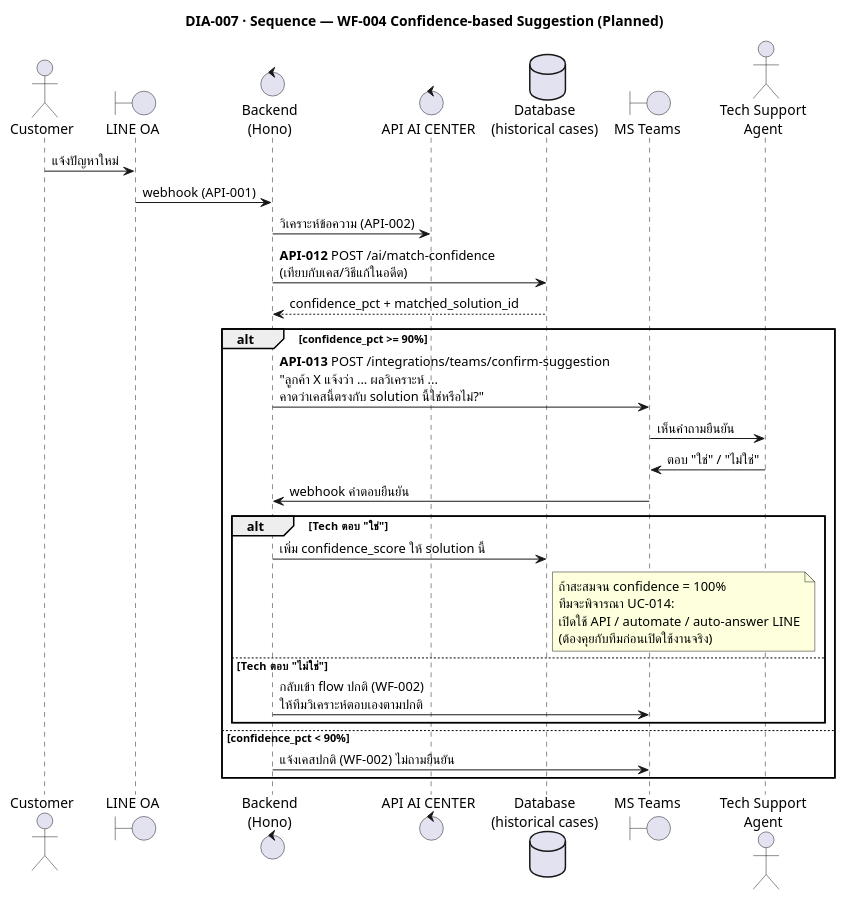
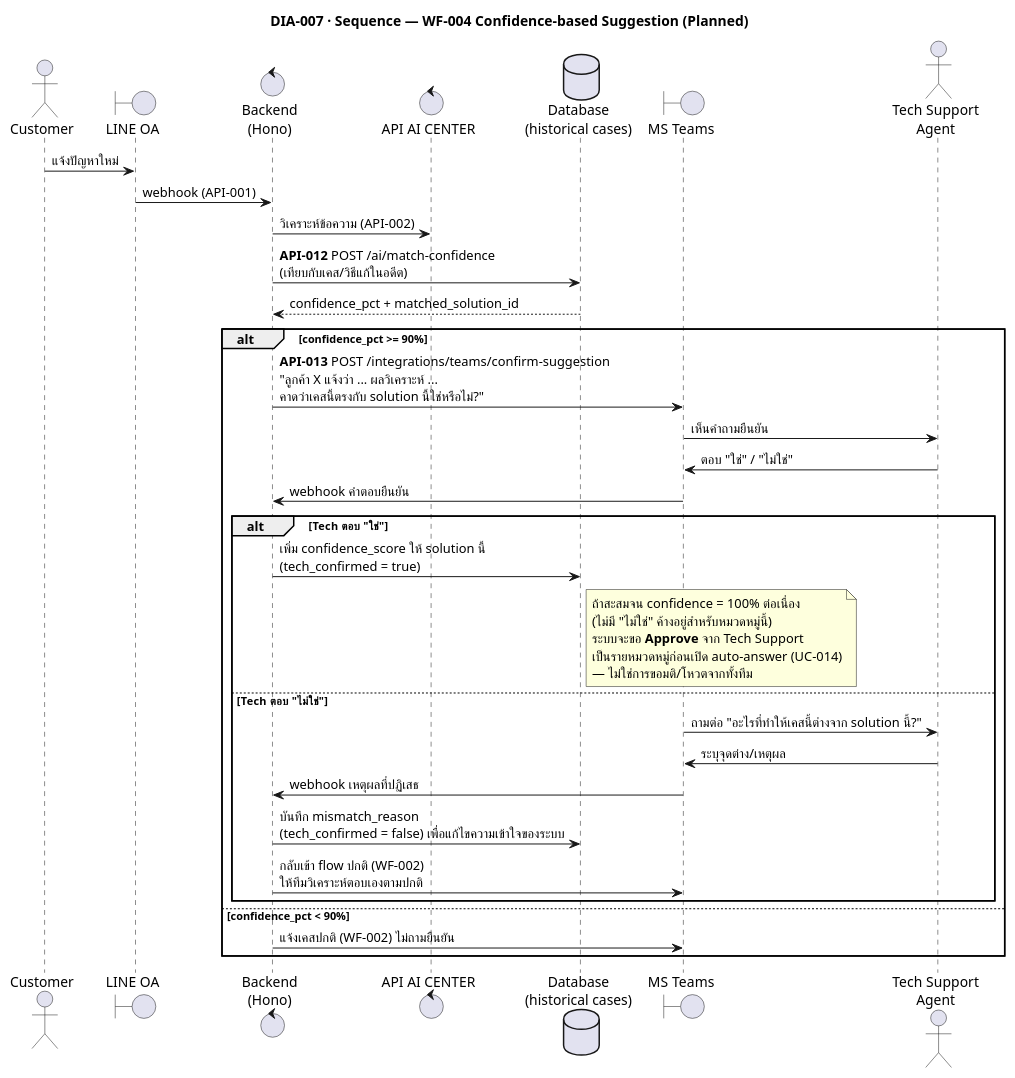
Before and after one commit to develyst1/the-off-ml-project-requirement: the diagram in diagrams/07-confidence-suggestion-seq.puml, drawn with PlantUML. The commit also changed 11 other files, not shown here.

```diff
--- a/diagrams/07-confidence-suggestion-seq.puml
+++ b/diagrams/07-confidence-suggestion-seq.puml
@@ -1,39 +1,44 @@
 @startuml 07-confidence-suggestion-seq
 title DIA-007 · Sequence — WF-004 Confidence-based Suggestion (Planned)
 skinparam shadowing false
 
 actor Customer
 boundary "LINE OA" as LINE
 control "Backend\n(Hono)" as Backend
 control "API AI CENTER" as AI
 database "Database\n(historical cases)" as DB
 boundary "MS Teams" as Teams
 actor "Tech Support\nAgent" as Tech
 
 Customer -> LINE : แจ้งปัญหาใหม่
 LINE -> Backend : webhook (API-001)
 Backend -> AI : วิเคราะห์ข้อความ (API-002)
 Backend -> DB : **API-012** POST /ai/match-confidence\n(เทียบกับเคส/วิธีแก้ในอดีต)
 DB --> Backend : confidence_pct + matched_solution_id
 
 alt confidence_pct >= 90%
   Backend -> Teams : **API-013** POST /integrations/teams/confirm-suggestion\n"ลูกค้า X แจ้งว่า ... ผลวิเคราะห์ ... \nคาดว่าเคสนี้ตรงกับ solution นี้ใช่หรือไม่?"
   Teams -> Tech : เห็นคำถามยืนยัน
   Tech -> Teams : ตอบ "ใช่" / "ไม่ใช่"
   Teams -> Backend : webhook คำตอบยืนยัน
   alt Tech ตอบ "ใช่"
-    Backend -> DB : เพิ่ม confidence_score ให้ solution นี้
+    Backend -> DB : เพิ่ม confidence_score ให้ solution นี้\n(tech_confirmed = true)
     note right of DB
-      ถ้าสะสมจน confidence = 100%
-      ทีมจะพิจารณา UC-014:
-      เปิดใช้ API / automate / auto-answer LINE
-      (ต้องคุยกับทีมก่อนเปิดใช้งานจริง)
+      ถ้าสะสมจน confidence = 100% ต่อเนื่อง
+      (ไม่มี "ไม่ใช่" ค้างอยู่สำหรับหมวดหมู่นี้)
+      ระบบจะขอ **Approve** จาก Tech Support
+      เป็นรายหมวดหมู่ก่อนเปิด auto-answer (UC-014)
+      — ไม่ใช่การขอมติ/โหวตจากทั้งทีม
     end note
   else Tech ตอบ "ไม่ใช่"
+    Teams -> Tech : ถามต่อ "อะไรที่ทำให้เคสนี้ต่างจาก solution นี้?"
+    Tech -> Teams : ระบุจุดต่าง/เหตุผล
+    Teams -> Backend : webhook เหตุผลที่ปฏิเสธ
+    Backend -> DB : บันทึก mismatch_reason\n(tech_confirmed = false) เพื่อแก้ไขความเข้าใจของระบบ
     Backend -> Teams : กลับเข้า flow ปกติ (WF-002)\nให้ทีมวิเคราะห์ตอบเองตามปกติ
   end
 else confidence_pct < 90%
   Backend -> Teams : แจ้งเคสปกติ (WF-002) ไม่ถามยืนยัน
 end
 
 @enduml
```
